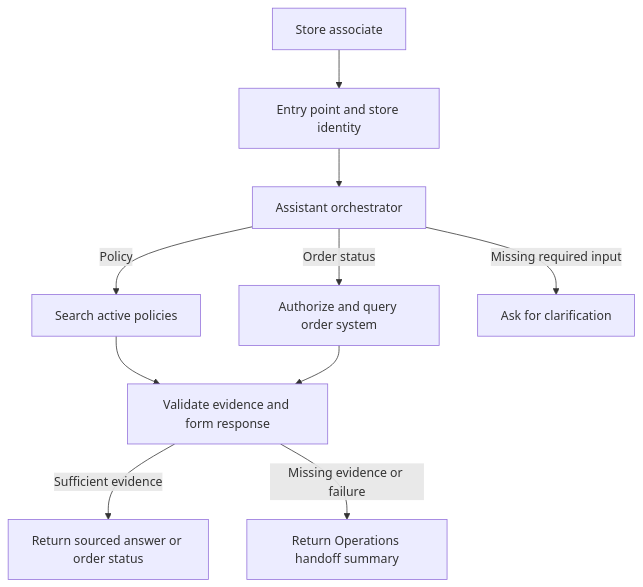
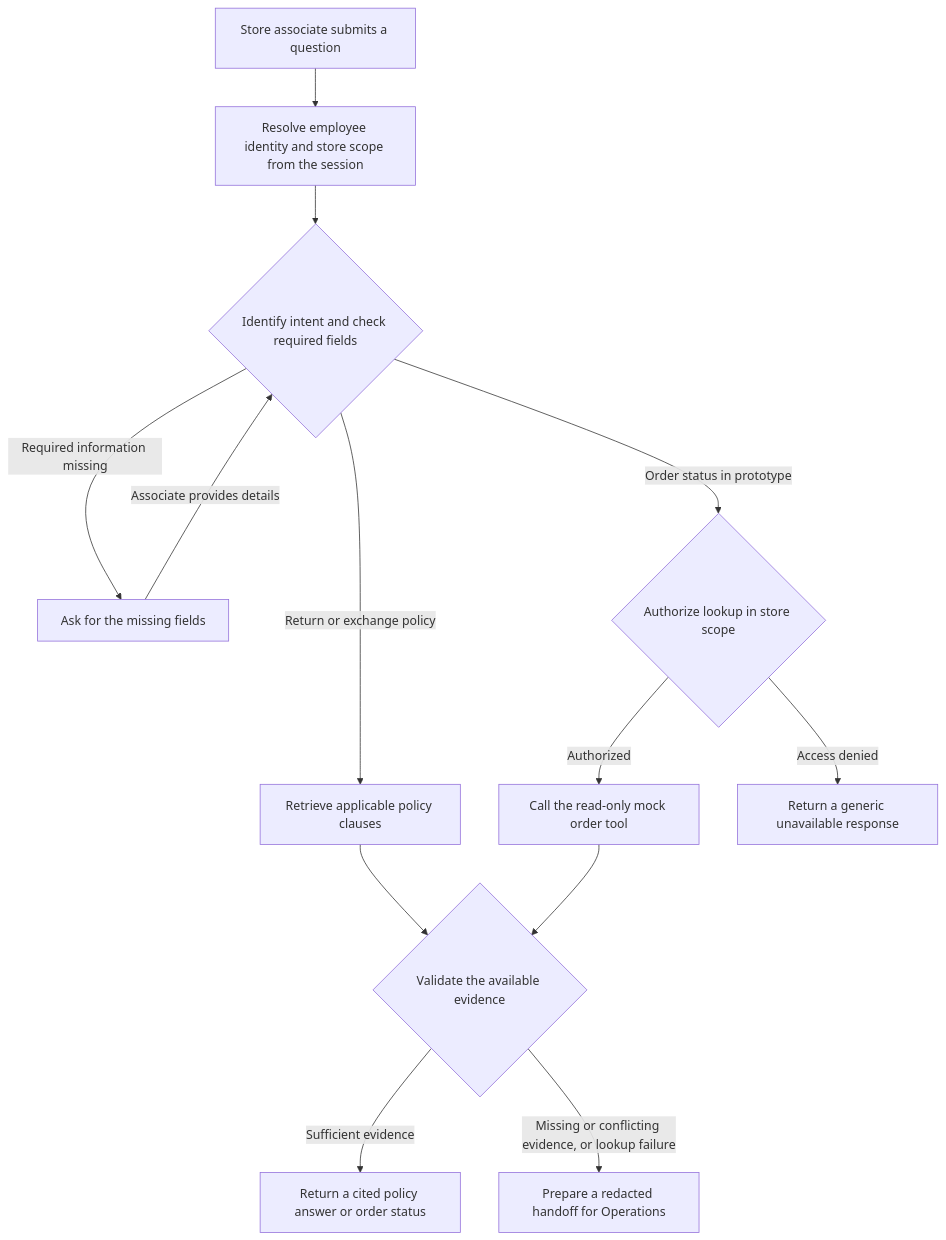
One commit to xuxihui92/artefact-novamart-case-study changed the diagram in README.md. Above: the diagram before and after it, drawn with Mermaid. The commit also changed other lines of this file, not shown here.

Commit message:
Update English design brief and architecture diagram

````diff
--- a/README.md
+++ b/README.md
@@ -13,12 +25,15 @@
 ```mermaid
 flowchart TD
-    A[Store associate] --> B[Entry point and store identity]
-    B --> C[Assistant orchestrator]
-    C -->|Policy| D[Search active policies]
-    C -->|Order status| E[Authorize and query order system]
-    C -->|Missing required input| I[Ask for clarification]
-    D --> F[Validate evidence and form response]
-    E --> F
-    F -->|Sufficient evidence| G[Return sourced answer or order status]
-    F -->|Missing evidence or failure| H[Return Operations handoff summary]
+    A["Store associate submits a question"] --> B["Resolve employee identity and store scope from the session"]
+    B --> C{"Identify intent and check required fields"}
+    C -->|Required information missing| D["Ask for the missing fields"]
+    D -->|Associate provides details| C
+    C -->|Return or exchange policy| E["Retrieve applicable policy clauses"]
+    C -->|Order status in prototype| F{"Authorize lookup in store scope"}
+    F -->|Authorized| G["Call the read-only mock order tool"]
+    F -->|Access denied| K["Return a generic unavailable response"]
+    E --> H{"Validate the available evidence"}
+    G --> H
+    H -->|Sufficient evidence| I["Return a cited policy answer or order status"]
+    H -->|Missing or conflicting evidence, or lookup failure| J["Prepare a redacted handoff for Operations"]
 ```
````
